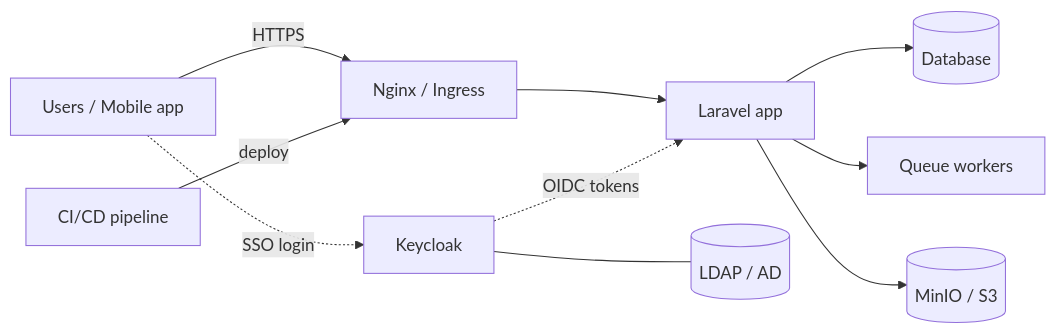
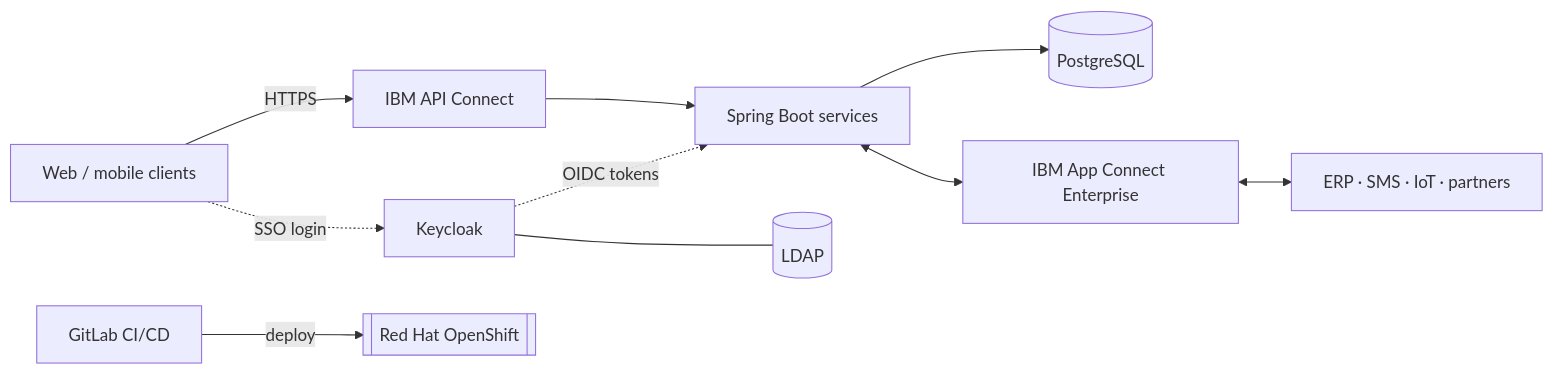
Before and after one commit to bhry98/bhry98.github.io: the diagram in docs/portfolio/projects.md, drawn with Mermaid. The commit also changed other lines of this file and 28 other files, not shown here.

````diff
--- a/docs/portfolio/projects.md
+++ b/docs/portfolio/projects.md
@@ -108,12 +86,12 @@
 ```mermaid
 flowchart LR
-    U[Users / Mobile app] -->|HTTPS| N[Nginx / Ingress]
-    N --> A[Laravel app]
+    U[Web / mobile clients] -->|HTTPS| G[IBM API Connect]
+    G --> S[Spring Boot services]
     U -.->|SSO login| K[Keycloak]
-    K -.->|OIDC tokens| A
-    K --- L[(LDAP / AD)]
-    A --> DB[(Database)]
-    A --> Q[Queue workers]
-    A --> S[(MinIO / S3)]
-    CI[CI/CD pipeline] -->|deploy| N
+    K -.->|OIDC tokens| S
+    K --- L[(LDAP)]
+    S --> DB[(PostgreSQL)]
+    S <--> ACE[IBM App Connect Enterprise]
+    ACE <--> X[ERP · SMS · IoT · partners]
+    CI[GitLab CI/CD] -->|deploy| OCP[[Red Hat OpenShift]]
 ```
````
